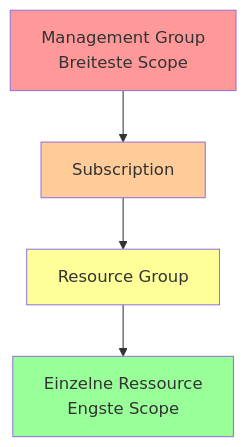
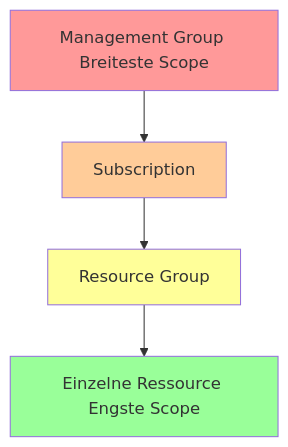
One commit to SoniiiT/notes-n-docs changed the first of 3 diagrams in Microsoft 365/Azure/Grundlagen/Azure RBAC.md. Above: the diagram before and after it, drawn with Mermaid. The commit also changed other lines of this file and 124 other files, not shown here.

First line of the commit message:
fix: Entferne \n aus allen Mermaid-Diagrammen (125 Dateien)

````diff
--- a/Microsoft 365/Azure/Grundlagen/Azure RBAC.md
+++ b/Microsoft 365/Azure/Grundlagen/Azure RBAC.md
@@ -47,11 +47,11 @@
 ```mermaid
 graph TD
-    MG[Management Group\nBreiteste Scope] --> SUB[Subscription]
+    MG[Management Group Breiteste Scope] --> SUB[Subscription]
     SUB --> RG[Resource Group]
-    RG --> RES[Einzelne Ressource\nEngste Scope]
+    RG --> RES[Einzelne Ressource Engste Scope]
     
     style MG fill:#ff9999
     style SUB fill:#ffcc99
     style RG fill:#ffff99
     style RES fill:#99ff99
 ```
````
